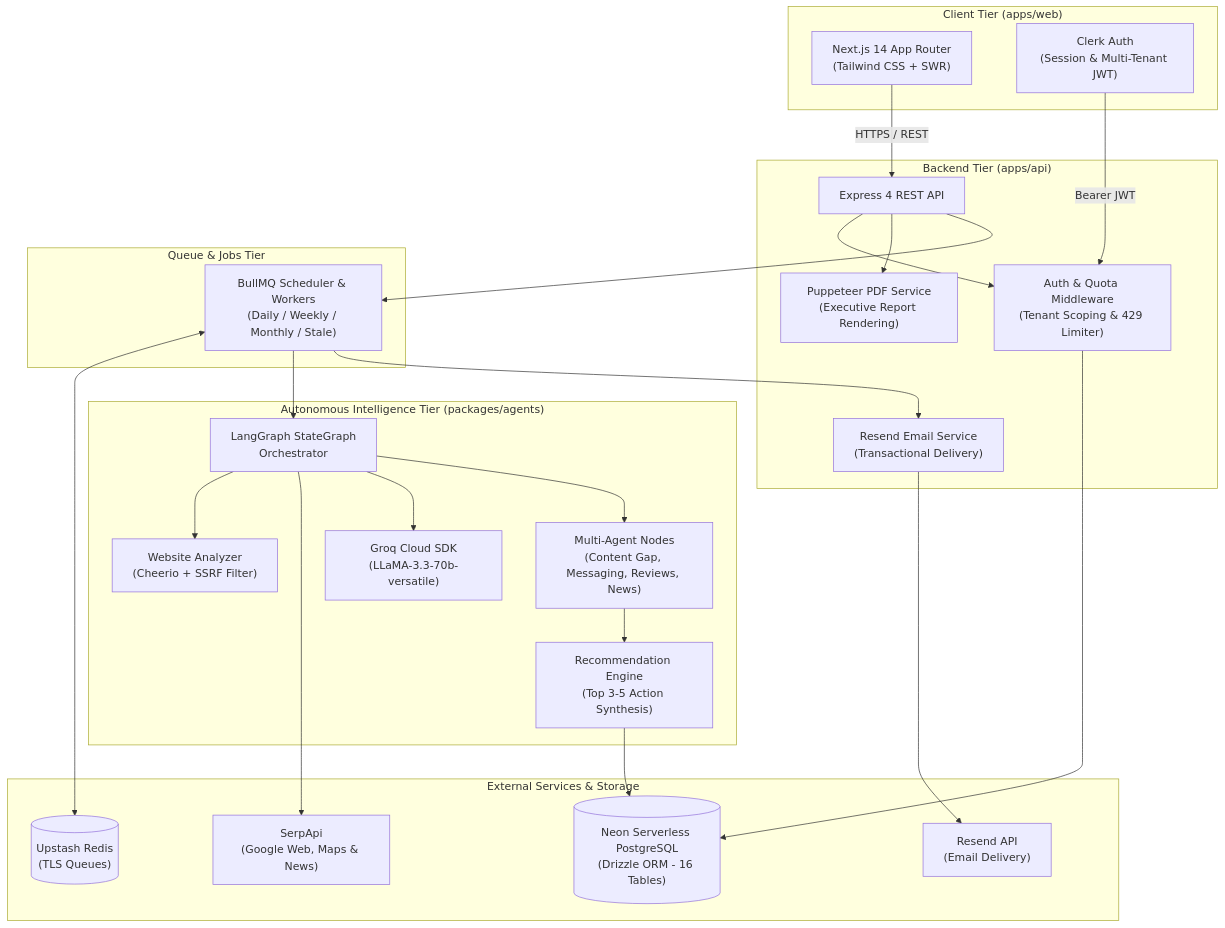
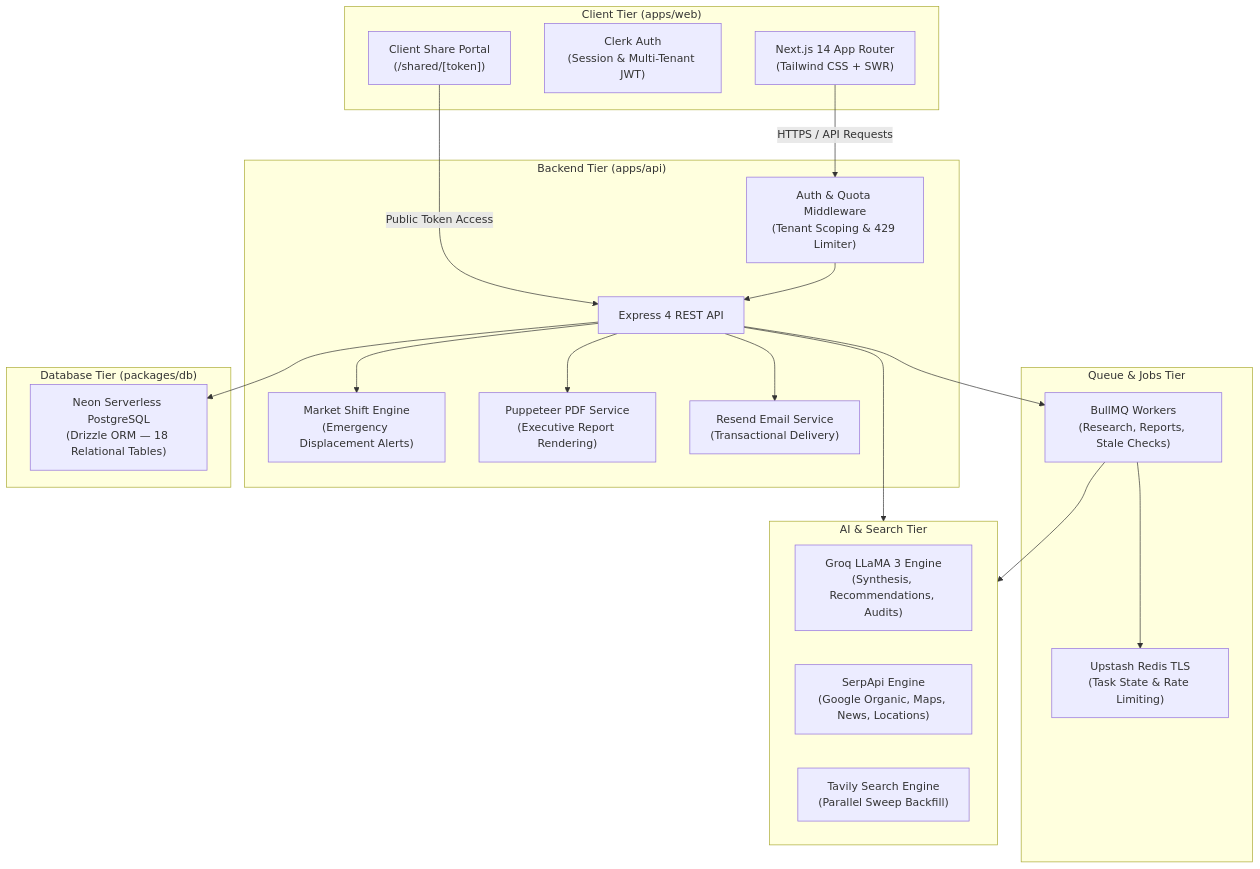
The diagram in README.md (SHADOW-0602/Serp-Scout), drawn with Mermaid before and after one commit. The commit also changed other lines of this file and 43 other files, not shown here.

Commit message:
Implement core backend API, SerpAPI integration, agent workflows, and frontend application views

````diff
--- a/README.md
+++ b/README.md
@@ -86,50 +85,43 @@
 ```mermaid
 flowchart TD
     subgraph Client["Client Tier (apps/web)"]
         UI["Next.js 14 App Router\n(Tailwind CSS + SWR)"]
         ClerkAuth["Clerk Auth\n(Session & Multi-Tenant JWT)"]
+        PublicShare["Client Share Portal\n(/shared/[token])"]
     end
 
     subgraph API["Backend Tier (apps/api)"]
         Express["Express 4 REST API"]
         Middleware["Auth & Quota Middleware\n(Tenant Scoping & 429 Limiter)"]
+        MarketShift["Market Shift Engine\n(Emergency Displacement Alerts)"]
         PuppeteerEngine["Puppeteer PDF Service\n(Executive Report Rendering)"]
         ResendService["Resend Email Service\n(Transactional Delivery)"]
     end
 
     subgraph Worker["Queue & Jobs Tier"]
-        BullMQ["BullMQ Scheduler & Workers\n(Daily / Weekly / Monthly / Stale)"]
+        BullMQ["BullMQ Workers\n(Research, Reports, Stale Checks)"]
+        Redis["Upstash Redis TLS\n(Task State & Rate Limiting)"]
     end
 
-    subgraph Agents["Autonomous Intelligence Tier (packages/agents)"]
-        LangGraph["LangGraph StateGraph\nOrchestrator"]
-        SiteAnalyzer["Website Analyzer\n(Cheerio + SSRF Filter)"]
-        GroqLLM["Groq Cloud SDK\n(LLaMA-3.3-70b-versatile)"]
-        AnalysisNodes["Multi-Agent Nodes\n(Content Gap, Messaging, Reviews, News)"]
-        RecEngine["Recommendation Engine\n(Top 3-5 Action Synthesis)"]
+    subgraph AI["AI & Search Tier"]
+        Groq["Groq LLaMA 3 Engine\n(Synthesis, Recommendations, Audits)"]
+        SerpApi["SerpApi Engine\n(Google Organic, Maps, News, Locations)"]
+        Tavily["Tavily Search Engine\n(Parallel Sweep Backfill)"]
     end
 
-    subgraph External["External Services & Storage"]
-        NeonDB[("Neon Serverless PostgreSQL\n(Drizzle ORM - 16 Tables)")]
-        UpstashRedis[("Upstash Redis\n(TLS Queues)")]
-        SerpApi["SerpApi\n(Google Web, Maps & News)"]
-        ResendAPI["Resend API\n(Email Delivery)"]
+    subgraph DB["Database Tier (packages/db)"]
+        Neon["Neon Serverless PostgreSQL\n(Drizzle ORM — 18 Relational Tables)"]
     end
 
-    UI -->|HTTPS / REST| Express
-    ClerkAuth -->|Bearer JWT| Middleware
-    Express --> Middleware
-    Middleware --> NeonDB
+    UI -->|HTTPS / API Requests| Middleware
+    PublicShare -->|Public Token Access| Express
+    Middleware --> Express
+    Express --> Neon
+    Express --> MarketShift
+    Express --> BullMQ
+    BullMQ --> Redis
+    BullMQ --> AI
+    Express --> AI
     Express --> PuppeteerEngine
-    Express --> BullMQ
-    BullMQ <--> UpstashRedis
-    BullMQ --> LangGraph
-    LangGraph --> SiteAnalyzer
-    LangGraph --> SerpApi
-    LangGraph --> GroqLLM
-    LangGraph --> AnalysisNodes
-    AnalysisNodes --> RecEngine
-    RecEngine --> NeonDB
-    BullMQ --> ResendService
-    ResendService --> ResendAPI
+    Express --> ResendService
 ```
````
